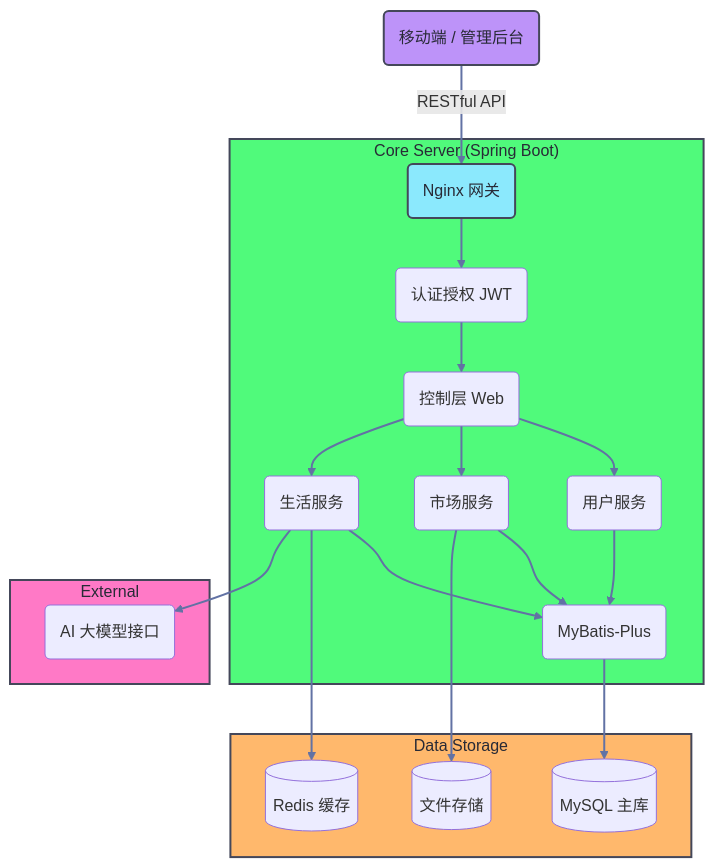
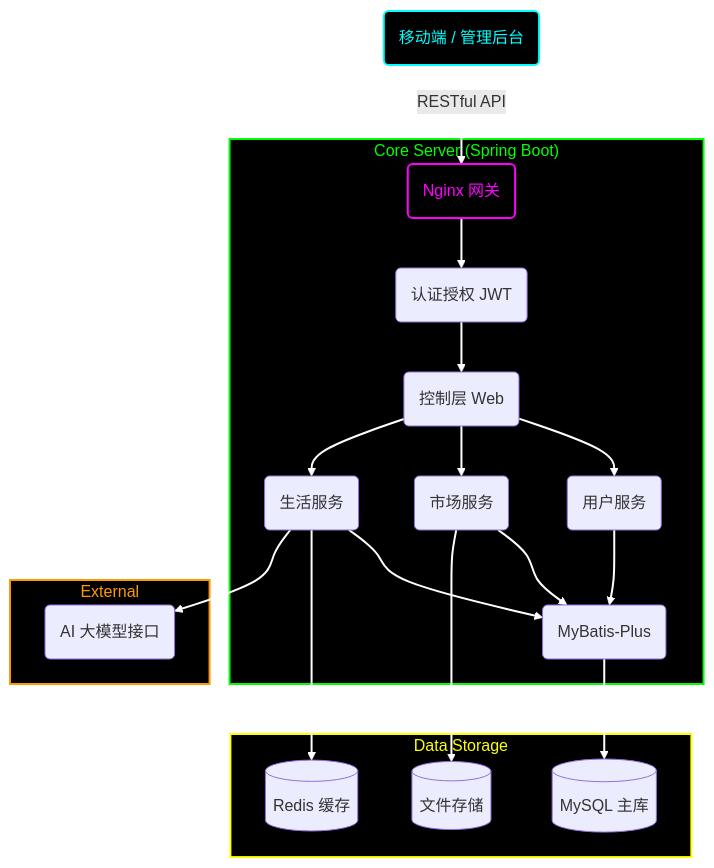
Before and after one commit to lxxxDD/campus-life-server: the first of 4 diagrams in README.md, drawn with Mermaid.

Commit message:
🎨 全面升级赛博朋克霓虹配色，亮瞎你的眼

````diff
--- a/README.md
+++ b/README.md
@@ -85,41 +85,36 @@
 ```mermaid
 graph TD
     Client("移动端 / 管理后台") -->|RESTful API| Gateway("Nginx 网关")
     
     subgraph CoreServer["Core Server (Spring Boot)"]
         Gateway --> Auth("认证授权 JWT")
         Auth --> Controller("控制层 Web")
         Controller --> UserService("用户服务")
         Controller --> MarketService("市场服务")
         Controller --> LifeService("生活服务")
         UserService --> MP("MyBatis-Plus")
         MarketService --> MP
         LifeService --> MP
     end
     
     subgraph DataStorage["Data Storage"]
         MP --> MySQL[("MySQL 主库")]
         LifeService --> Redis[("Redis 缓存")]
         MarketService --> OSS[("文件存储")]
     end
     
     subgraph External["External"]
         LifeService --> AI("AI 大模型接口")
     end
 
-    %% Dracula Color Palette
-    %% Purple: #bd93f9
-    %% Cyan: #8be9fd
-    %% Green: #50fa7b
-    %% Orange: #ffb86c
-    %% Pink: #ff79c6
-    %% Selection: #44475a
+    %% Neon Cyberpunk Palette
+    %% High Contrast & Glowing Effect
     
-    style Client fill:#bd93f9,stroke:#44475a,stroke-width:2px,color:#282a36
-    style Gateway fill:#8be9fd,stroke:#44475a,stroke-width:2px,color:#282a36
-    style CoreServer fill:#50fa7b,stroke:#44475a,stroke-width:2px,color:#282a36
-    style DataStorage fill:#ffb86c,stroke:#44475a,stroke-width:2px,color:#282a36
-    style External fill:#ff79c6,stroke:#44475a,stroke-width:2px,color:#282a36
+    style Client fill:#000000,stroke:#00ffff,stroke-width:2px,color:#00ffff
+    style Gateway fill:#000000,stroke:#ff00ff,stroke-width:2px,color:#ff00ff
+    style CoreServer fill:#000000,stroke:#00ff00,stroke-width:2px,color:#00ff00
+    style DataStorage fill:#000000,stroke:#ffff00,stroke-width:2px,color:#ffff00
+    style External fill:#000000,stroke:#ff9900,stroke-width:2px,color:#ff9900
     
-    linkStyle default stroke:#6272a4,stroke-width:2px
+    linkStyle default stroke:#ffffff,stroke-width:2px
 ```
````
